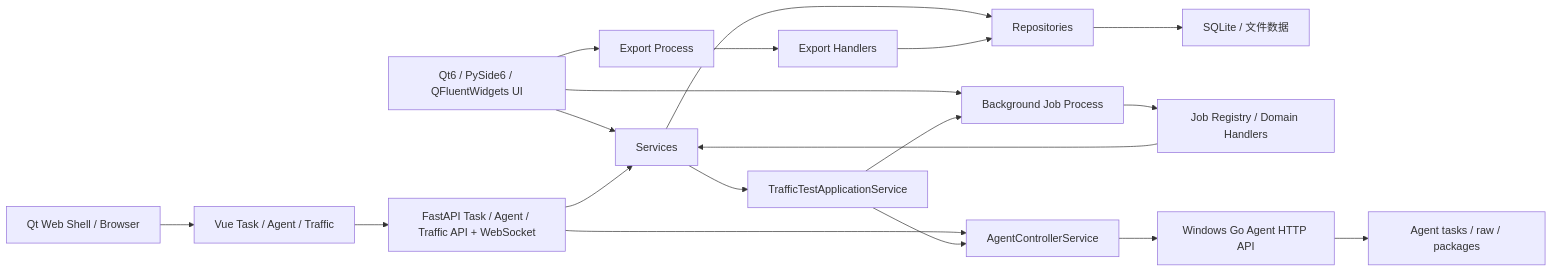
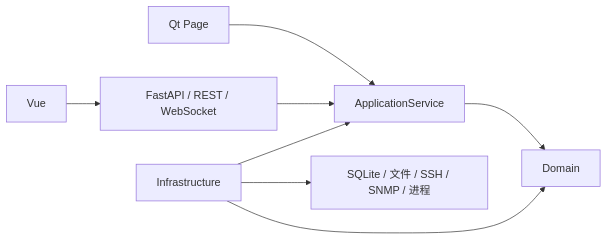
One commit to wxj183589/NetConsole changed the diagram in README.md. Above: the diagram before and after it, drawn with Mermaid. The commit also changed other lines of this file and 14 other files, not shown here.

````diff
--- a/README.md
+++ b/README.md
@@ -55,21 +55,10 @@
 ```mermaid
 flowchart LR
-    UI["Qt6 / PySide6 / QFluentWidgets UI"] --> SVC["Services"]
-    WS["Qt Web Shell / Browser"] --> VUE["Vue Task / Agent / Traffic"]
-    VUE --> API["FastAPI Task / Agent / Traffic API + WebSocket"]
-    API --> SVC
-    SVC --> REPO["Repositories"]
-    REPO --> DB["SQLite / 文件数据"]
-    UI --> JOB["Background Job Process"]
-    UI --> EXP["Export Process"]
-    JOB --> REG["Job Registry / Domain Handlers"]
-    EXP --> WRITER["Export Handlers"]
-    REG --> SVC
-    WRITER --> REPO
-    API --> CTRL["AgentControllerService"]
-    CTRL --> AGENT["Windows Go Agent HTTP API"]
-    AGENT --> AGENTDATA["Agent tasks / raw / packages"]
-    SVC --> TRAFFIC["TrafficTestApplicationService"]
-    TRAFFIC --> JOB
-    TRAFFIC --> CTRL
+    QT["Qt Page"] --> APP["ApplicationService"]
+    VUE["Vue"] --> API["FastAPI / REST / WebSocket"]
+    API --> APP
+    APP --> DOMAIN["Domain"]
+    INFRA["Infrastructure"] --> APP
+    INFRA --> DOMAIN
+    INFRA --> DB["SQLite / 文件 / SSH / SNMP / 进程"]
 ```
````
